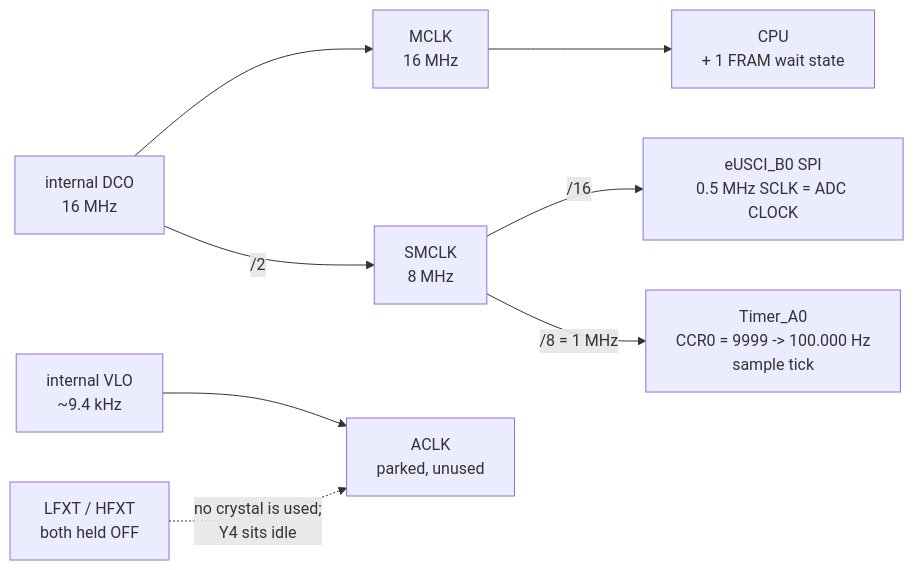
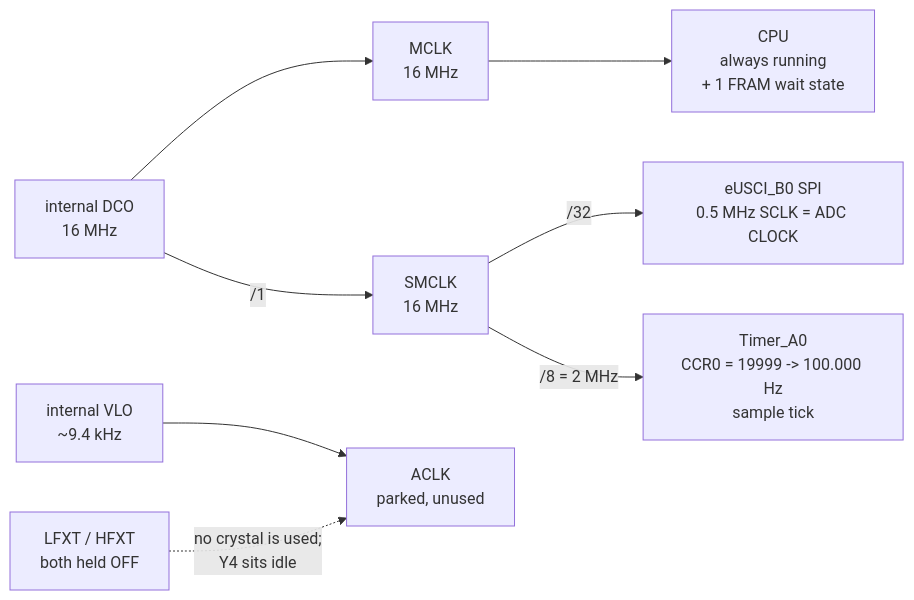
One commit to S-OConnor/MSP430_TestRepo changed the fifth of 13 diagrams in docs/DESIGN.md. Above: the diagram before and after it, drawn with Mermaid. The commit also changed other lines of this file and 9 other files, not shown here.

````diff
--- a/docs/DESIGN.md
+++ b/docs/DESIGN.md
@@ -490,10 +491,10 @@
 ```mermaid
 flowchart LR
-    DCO["internal DCO<br/>16 MHz"] --> MCLK["MCLK<br/>16 MHz"] --> CPU["CPU<br/>+ 1 FRAM wait state"]
-    DCO -->|"/2"| SMCLK["SMCLK<br/>8 MHz"]
-    SMCLK -->|"/16"| SPI["eUSCI_B0 SPI<br/>0.5 MHz SCLK = ADC CLOCK"]
-    SMCLK -->|"/8 = 1 MHz"| TA0["Timer_A0<br/>CCR0 = 9999 -> 100.000 Hz<br/>sample tick"]
+    DCO["internal DCO<br/>16 MHz"] --> MCLK["MCLK<br/>16 MHz"] --> CPU["CPU<br/>always running<br/>+ 1 FRAM wait state"]
+    DCO -->|"/1"| SMCLK["SMCLK<br/>16 MHz"]
+    SMCLK -->|"/32"| SPI["eUSCI_B0 SPI<br/>0.5 MHz SCLK = ADC CLOCK"]
+    SMCLK -->|"/8 = 2 MHz"| TA0["Timer_A0<br/>CCR0 = 19999 -> 100.000 Hz<br/>sample tick"]
 
     VLO["internal VLO<br/>~9.4 kHz"] --> ACLK["ACLK<br/>parked, unused"]
     XTAL["LFXT / HFXT<br/>both held OFF"] -.->|"no crystal is used;<br/>Y4 sits idle"| ACLK
 ```
````
